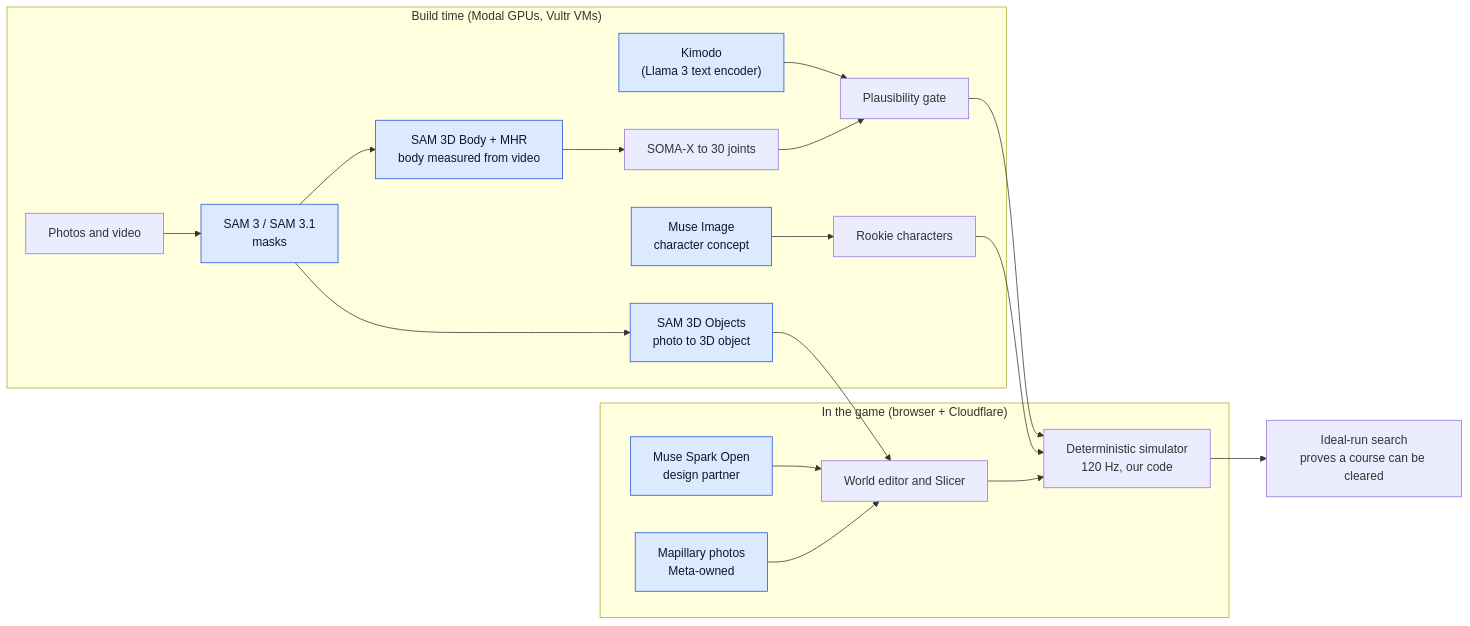
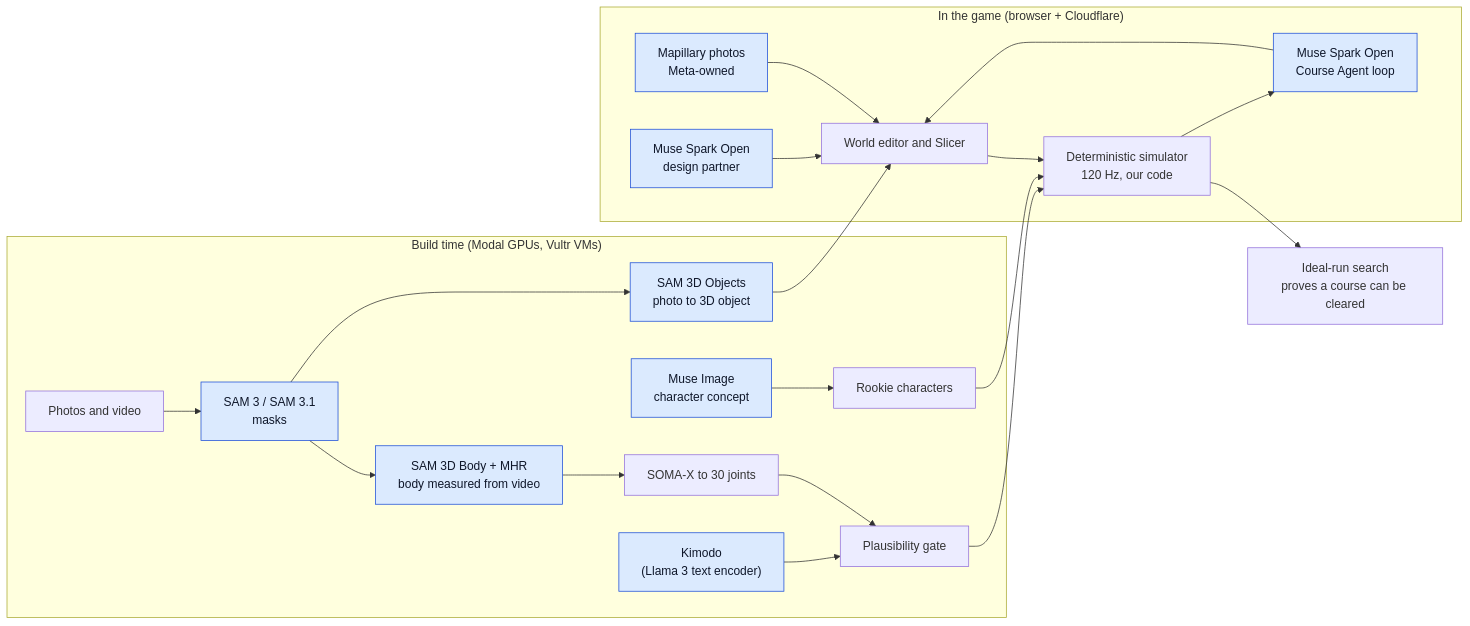
The first of 7 diagrams in docs/meta-ai-pipelines.md (gitgithan/conquercourse), drawn with Mermaid before and after one commit. The commit also changed other lines of this file and 2 other files, not shown here.

First line of the commit message:
README and pipelines: the Course Agent, the Meta table row and the Best Agentic Use-Case text (Part of CC-127)

````diff
--- a/docs/meta-ai-pipelines.md
+++ b/docs/meta-ai-pipelines.md
@@ -14,27 +14,30 @@
 ```mermaid
 flowchart LR
   subgraph Build["Build time (Modal GPUs, Vultr VMs)"]
     P1["Photos and video"] --> SAM3["SAM 3 / SAM 3.1<br/>masks"]
     SAM3 --> SAM3DO["SAM 3D Objects<br/>photo to 3D object"]
     SAM3 --> SAM3DB["SAM 3D Body + MHR<br/>body measured from video"]
     SAM3DB --> SOMA["SOMA-X to 30 joints"]
     KIM["Kimodo<br/>(Llama 3 text encoder)"] --> GATE["Plausibility gate"]
     SOMA --> GATE
     MI["Muse Image<br/>character concept"] --> CH["Rookie characters"]
   end
   subgraph Game["In the game (browser + Cloudflare)"]
     SIM["Deterministic simulator<br/>120 Hz, our code"]
     ED["World editor and Slicer"]
     DES["Muse Spark Open<br/>design partner"]
+    AGT["Muse Spark Open<br/>Course Agent loop"]
     MAP["Mapillary photos<br/>Meta-owned"]
   end
   SAM3DO --> ED
   GATE --> SIM
   CH --> SIM
   ED --> SIM
   DES --> ED
+  AGT --> ED
+  SIM --> AGT
   MAP --> ED
   SIM --> IDEAL["Ideal-run search<br/>proves a course can be cleared"]
   classDef meta fill:#dbeafe,stroke:#1d4ed8,color:#0f172a;
-  class SAM3,SAM3DO,SAM3DB,MI,DES,MAP,KIM meta;
+  class SAM3,SAM3DO,SAM3DB,MI,DES,AGT,MAP,KIM meta;
 ```
````
